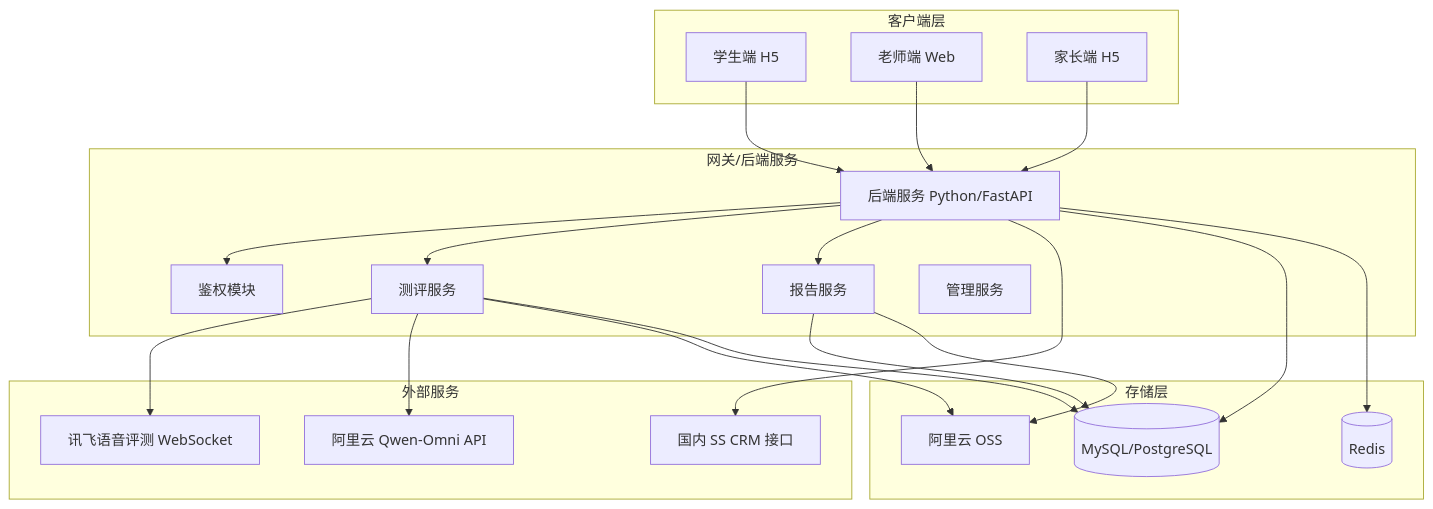
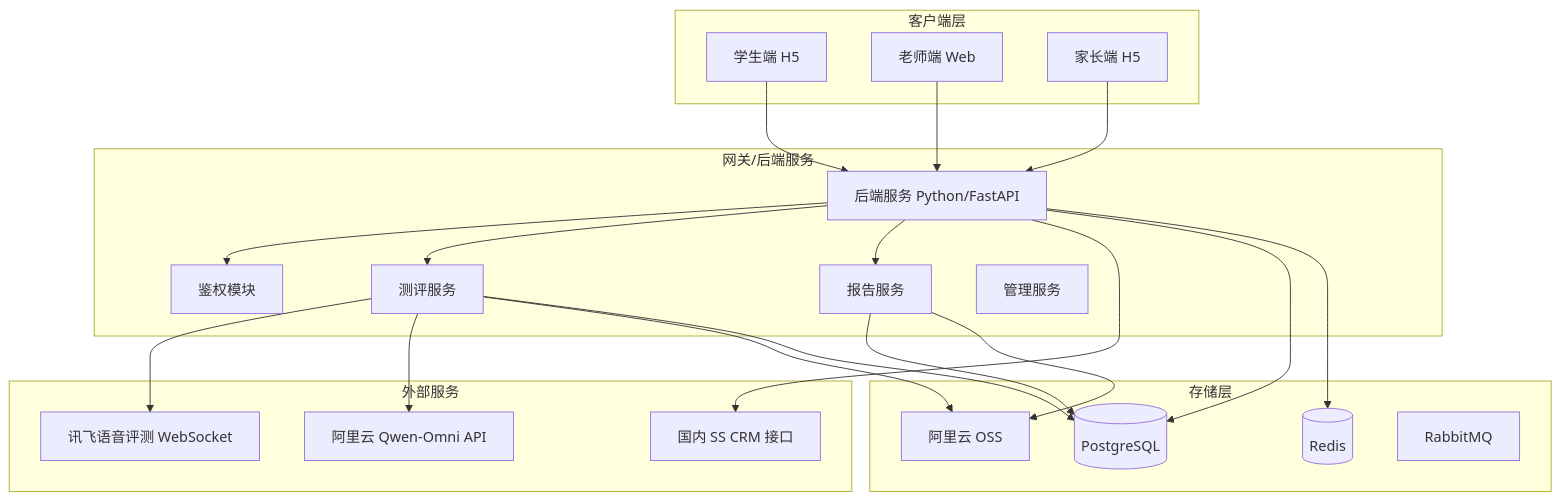
The first of 5 diagrams in PRD_口语测评系统.md (ruiwang20010702/speakingtest), drawn with Mermaid before and after one commit. The commit also changed other lines of this file and 20 other files, not shown here.

````diff
--- a/PRD_口语测评系统.md
+++ b/PRD_口语测评系统.md
@@ -135,48 +135,49 @@
 ```mermaid
 graph TD
     subgraph Client_Layer [客户端层]
         Student[学生端 H5]
         Teacher[老师端 Web]
         Parent[家长端 H5]
     end
 
     subgraph API_Gateway [网关/后端服务]
         Backend[后端服务 Python/FastAPI]
         Auth[鉴权模块]
         TestService[测评服务]
         ReportService[报告服务]
         AdminService[管理服务]
     end
 
     subgraph Storage_Layer [存储层]
-        DB[(MySQL/PostgreSQL)]
+        DB[(PostgreSQL)]
         Cache[(Redis)]
         OSS[阿里云 OSS]
+        MQ[RabbitMQ]
     end
 
     subgraph External_Services [外部服务]
         Xunfei[讯飞语音评测 WebSocket]
         Qwen[阿里云 Qwen-Omni API]
         CRM[国内 SS CRM 接口]
     end
 
     Student --> Backend
     Teacher --> Backend
     Parent --> Backend
 
     Backend --> Auth
     Backend --> TestService
     Backend --> ReportService
 
     TestService --> Xunfei
     TestService --> Qwen
     TestService --> OSS
     TestService --> DB
 
     ReportService --> DB
     ReportService --> OSS
 
     Backend --> CRM
     Backend --> DB
     Backend --> Cache
 ```
````
